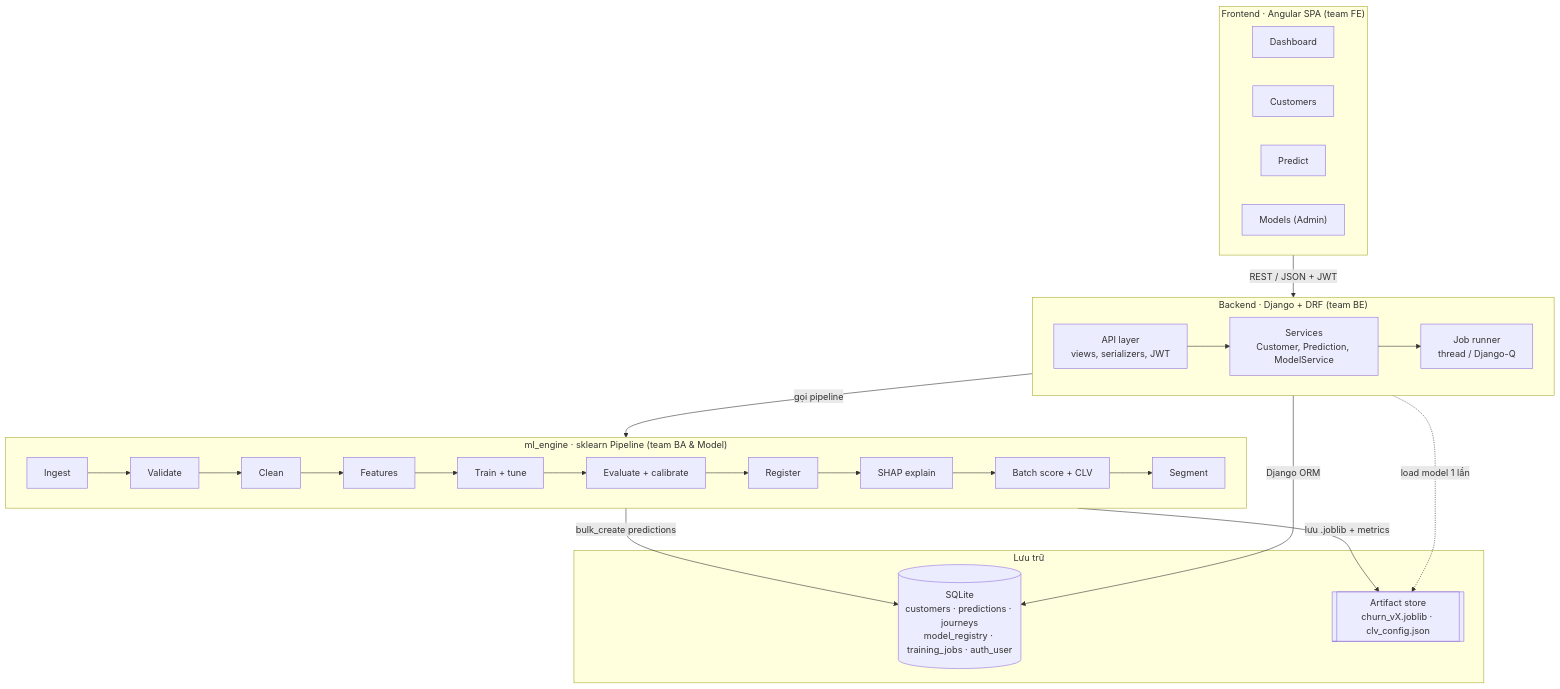
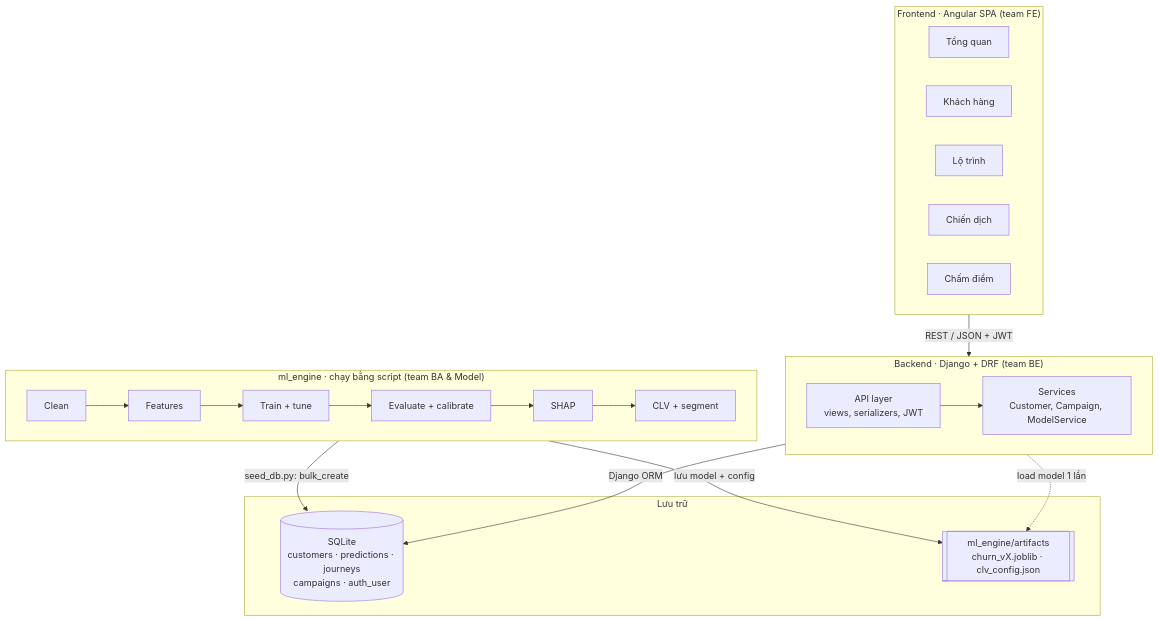
One commit to Khoailat2808/machine_learning_project changed the first of 3 diagrams in docs/03-architecture.md. Above: the diagram before and after it, drawn with Mermaid. The commit also changed other lines of this file and 30 other files, not shown here.

First line of the commit message:
refactor: dinh huong lai thanh cong cu marketing (D-17), doi app models_mgmt thanh campaigns

````diff
--- a/docs/03-architecture.md
+++ b/docs/03-architecture.md
@@ -7,32 +9,29 @@
 ```mermaid
 flowchart TB
     subgraph FE["Frontend · Angular SPA (team FE)"]
         direction LR
-        D[Dashboard]
-        C[Customers]
-        P[Predict]
-        M["Models (Admin)"]
+        D[Tổng quan]
+        C[Khách hàng]
+        J[Lộ trình]
+        K[Chiến dịch]
+        P[Chấm điểm]
     end
     subgraph BE["Backend · Django + DRF (team BE)"]
         direction LR
         API["API layer<br/>views, serializers, JWT"]
-        SVC["Services<br/>Customer, Prediction, ModelService"]
-        JOB["Job runner<br/>thread / Django-Q"]
+        SVC["Services<br/>Customer, Campaign, ModelService"]
     end
-    subgraph ML["ml_engine · sklearn Pipeline (team BA & Model)"]
+    subgraph ML["ml_engine · chạy bằng script (team BA & Model)"]
         direction LR
-        I[Ingest] --> V[Validate] --> CL[Clean] --> F[Features] --> T[Train + tune]
-        T --> E[Evaluate + calibrate] --> R[Register] --> X[SHAP explain] --> S[Batch score + CLV] --> G[Segment]
+        CL[Clean] --> F[Features] --> T[Train + tune] --> E[Evaluate + calibrate] --> X[SHAP] --> S[CLV + segment]
     end
     subgraph ST["Lưu trữ"]
-        DB[("SQLite<br/>customers · predictions · journeys<br/>model_registry · training_jobs · auth_user")]
-        AR[["Artifact store<br/>churn_vX.joblib · clv_config.json"]]
+        DB[("SQLite<br/>customers · predictions · journeys<br/>campaigns · auth_user")]
+        AR[["ml_engine/artifacts<br/>churn_vX.joblib · clv_config.json"]]
     end
-    FE -- "REST / JSON + JWT" --> API
-    API --> SVC --> JOB
-    JOB -- "gọi pipeline" --> ML
-    G -- "bulk_create predictions" --> DB
-    R -- "lưu .joblib + metrics" --> AR
+    FE -- "REST / JSON + JWT" --> API --> SVC
     SVC -- "Django ORM" --> DB
     SVC -. "load model 1 lần" .-> AR
+    T -- "lưu model + config" --> AR
+    S -- "seed_db.py: bulk_create" --> DB
 ```
````
